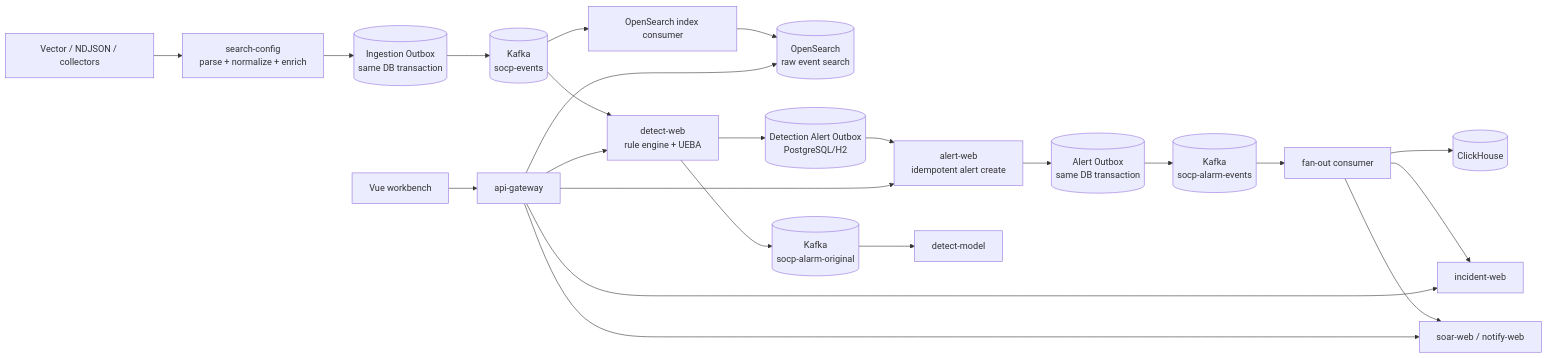
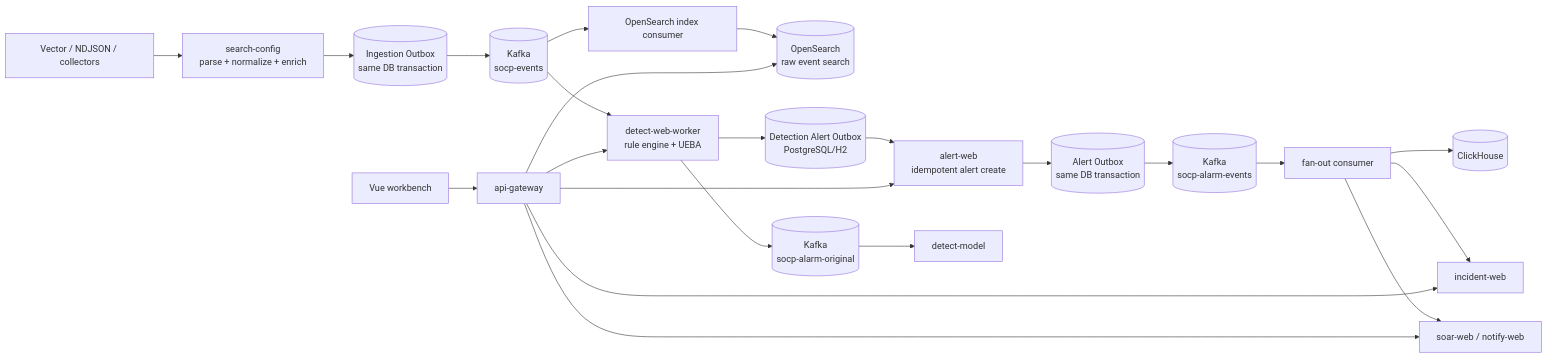
The diagram in docs/architecture.md (VincentXR/socp-siem), drawn with Mermaid before and after one commit. The commit also changed other lines of this file and 165 other files, not shown here.

````diff
--- a/docs/architecture.md
+++ b/docs/architecture.md
@@ -9,25 +9,25 @@
 ```mermaid
 flowchart LR
   S[Vector / NDJSON / collectors] --> P[search-config<br/>parse + normalize + enrich]
   P --> IO[(Ingestion Outbox<br/>same DB transaction)]
   IO --> K[(Kafka<br/>socp-events)]
-  K --> D[detect-web<br/>rule engine + UEBA]
+  K --> D[detect-web-worker<br/>rule engine + UEBA]
   K --> IX[OpenSearch index consumer]
   IX --> OS[(OpenSearch<br/>raw event search)]
   D --> DO[(Detection Alert Outbox<br/>PostgreSQL/H2)]
   DO --> A[alert-web<br/>idempotent alert create]
   A --> AO[(Alert Outbox<br/>same DB transaction)]
   AO --> AK[(Kafka<br/>socp-alarm-events)]
   AK --> FAN[fan-out consumer]
   FAN --> CK[(ClickHouse)]
   FAN --> I[incident-web]
   FAN --> R[soar-web / notify-web]
   D --> DM[(Kafka<br/>socp-alarm-original)]
   DM --> M[detect-model]
   UI[Vue workbench] --> GW[api-gateway]
   GW --> D
   GW --> A
   GW --> OS
   GW --> I
   GW --> R
 ```
````
